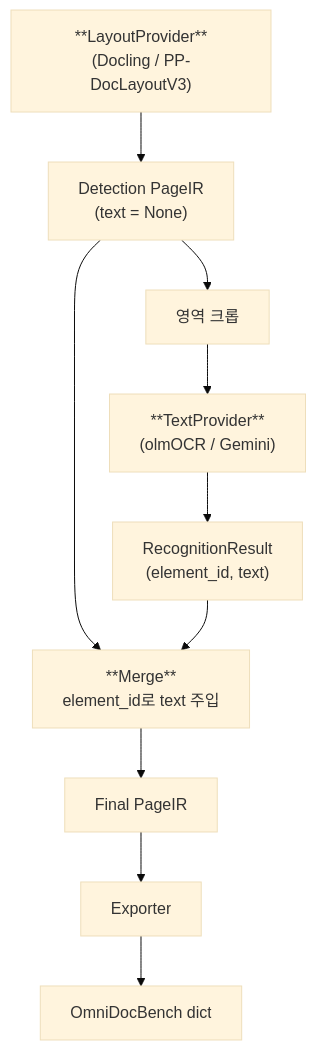
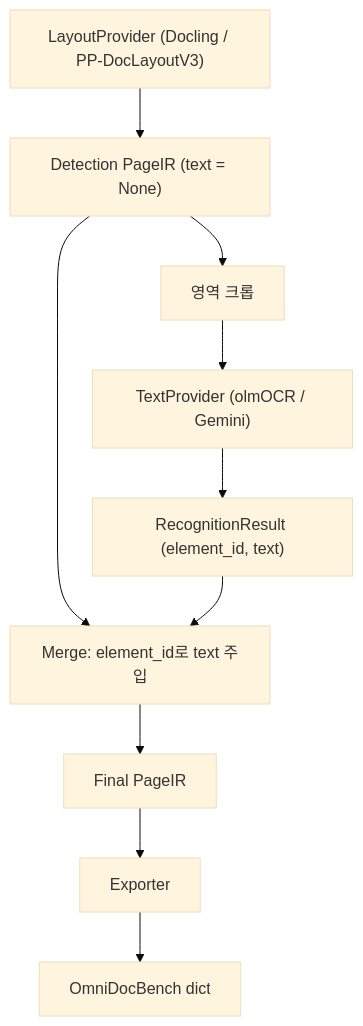
Before and after one commit to appleparan/saegim: the sixth of 7 diagrams in docs/architecture/docir-architecture.md, drawn with Mermaid (base theme). The commit also changed other lines of this file, not shown here.

First line of the commit message:
docs: fix mermaid node labels for GitHub compatibility

````diff
--- a/docs/architecture/docir-architecture.md
+++ b/docs/architecture/docir-architecture.md
@@ -401,21 +401,21 @@
 ```mermaid
 flowchart TD
-    LP["**LayoutProvider**\n(Docling / PP-DocLayoutV3)"]
-    DPIR["Detection PageIR\n(text = None)"]
+    LP["LayoutProvider (Docling / PP-DocLayoutV3)"]
+    DPIR["Detection PageIR (text = None)"]
     CROP["영역 크롭"]
-    TP["**TextProvider**\n(olmOCR / Gemini)"]
-    RR["RecognitionResult\n(element_id, text)"]
-    MERGE["**Merge**\nelement_id로 text 주입"]
+    TP["TextProvider (olmOCR / Gemini)"]
+    RR["RecognitionResult (element_id, text)"]
+    MERGE["Merge: element_id로 text 주입"]
     FPIR["Final PageIR"]
     EX["Exporter"]
     OUT["OmniDocBench dict"]
 
     LP --> DPIR
     DPIR --> CROP
     CROP --> TP
     TP --> RR
     DPIR --> MERGE
     RR --> MERGE
     MERGE --> FPIR
     FPIR --> EX --> OUT
 ```
````
